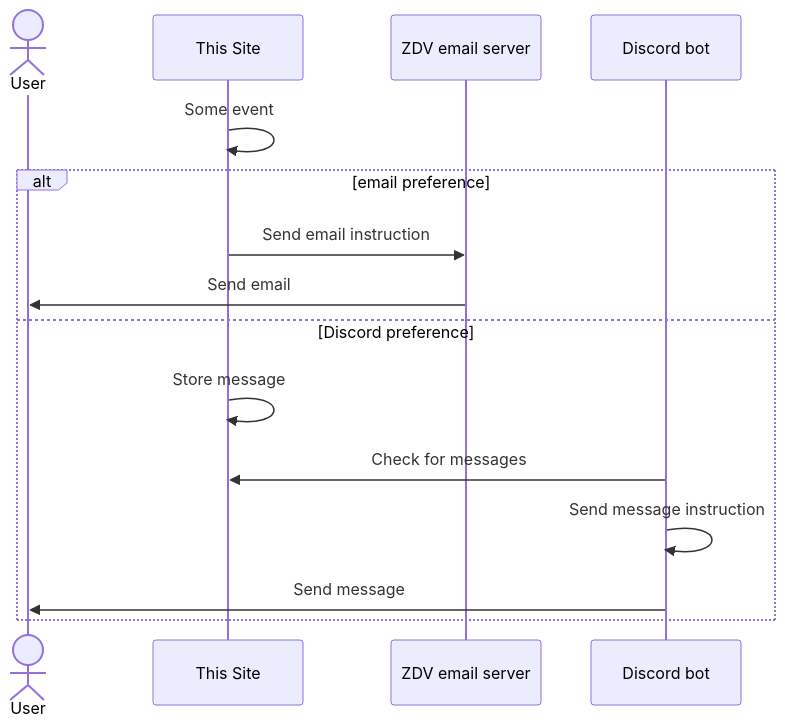
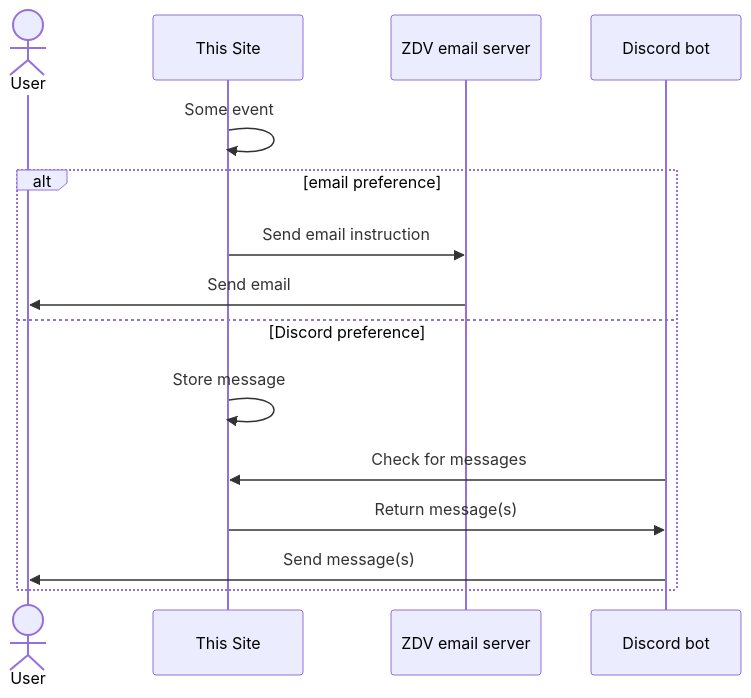
Before and after one commit to Celeo/zdv-training-scheduler: the fourth of 5 diagrams in README.md, drawn with Mermaid. The commit also changed other lines of this file, not shown here.

````diff
--- a/README.md
+++ b/README.md
@@ -84,18 +84,18 @@
 ```mermaid
 sequenceDiagram
   actor U as User
   participant A as This Site
   participant B as ZDV email server
   participant C as Discord bot
 
   A->>A: Some event
   alt email preference
     A->>B: Send email instruction
     B->>U: Send email
   else Discord preference
     A->>A: Store message
     C->>A: Check for messages
-    C->>C: Send message instruction
-    C->>U: Send message
+    A->>C: Return message(s)
+    C->>U: Send message(s)
   end
 ```
````
